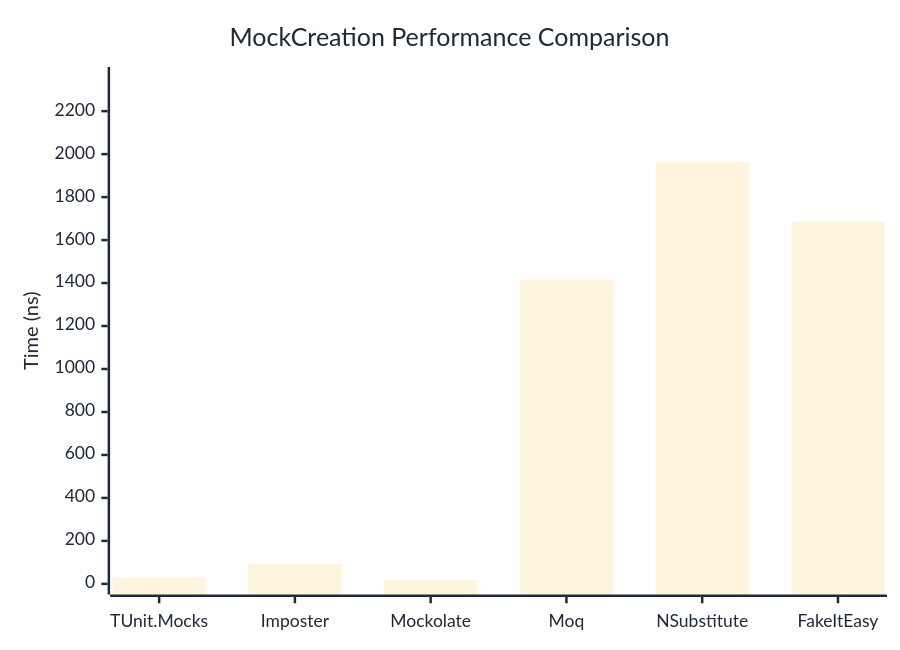
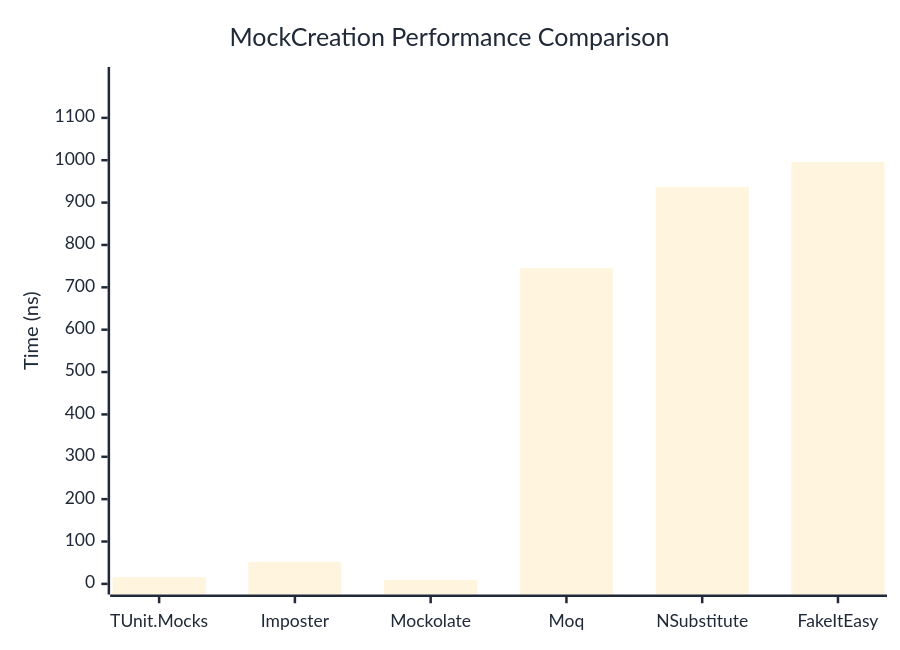
Before and after one commit to thomhurst/TUnit: the first of 2 diagrams in docs/docs/benchmarks/mocks/MockCreation.md, drawn with Mermaid. The commit also changed other lines of this file and 14 other files, not shown here.

````diff
--- a/docs/docs/benchmarks/mocks/MockCreation.md
+++ b/docs/docs/benchmarks/mocks/MockCreation.md
@@ -30,27 +30,27 @@
 ```mermaid
 %%{init: {
   'theme':'base',
   'themeVariables': {
     'primaryColor': '#2563eb',
     'primaryTextColor': '#1f2937',
     'primaryBorderColor': '#1e40af',
     'lineColor': '#6b7280',
     'secondaryColor': '#7c3aed',
     'tertiaryColor': '#dc2626',
     'background': '#ffffff',
     'pie1': '#2563eb',
     'pie2': '#7c3aed',
     'pie3': '#dc2626',
     'pie4': '#f59e0b',
     'pie5': '#10b981',
     'pie6': '#06b6d4',
     'pie7': '#ec4899',
     'pie8': '#6366f1'
   }
 }}%%
 xychart-beta
   title "MockCreation Performance Comparison"
   x-axis ["TUnit.Mocks", "Imposter", "Mockolate", "Moq", "NSubstitute", "FakeItEasy"]
-  y-axis "Time (ns)" 0 --> 2356
-  bar [28.94, 92.32, 18.27, 1416.03, 1963.33, 1686.21]
+  y-axis "Time (ns)" 0 --> 1195
+  bar [15.77, 52.184, 9.503, 745.059, 937.076, 995.678]
 ```
````
